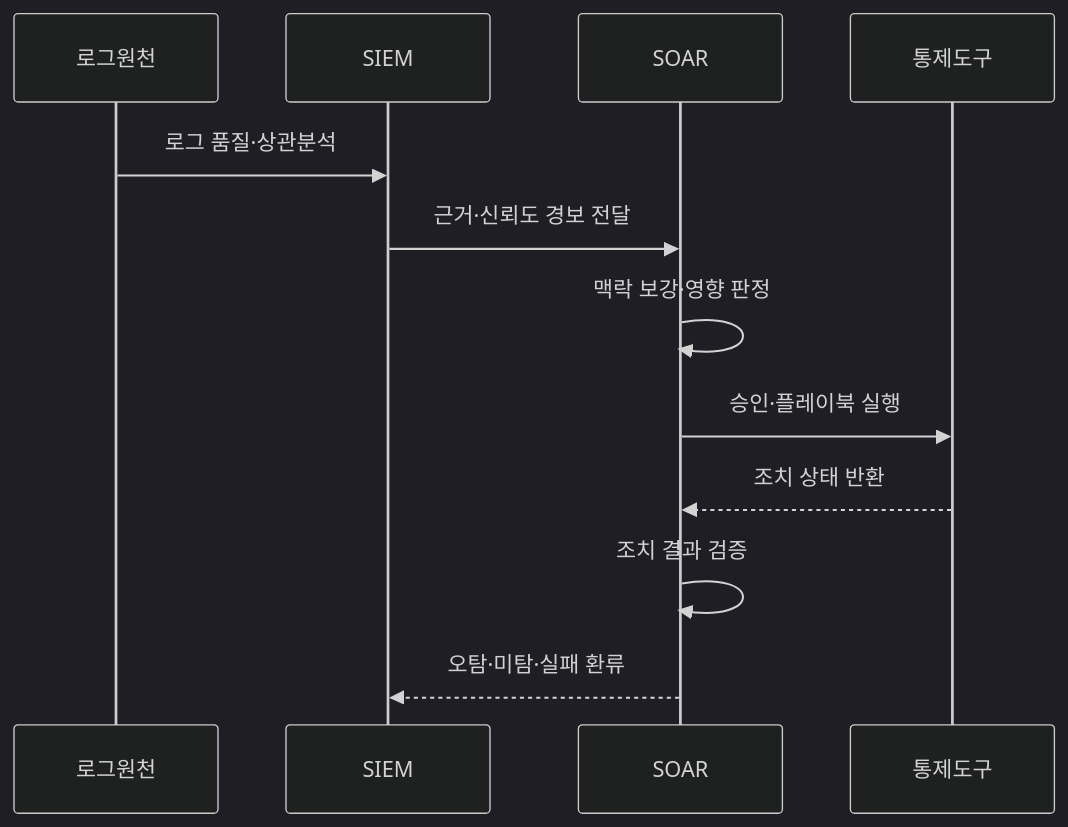
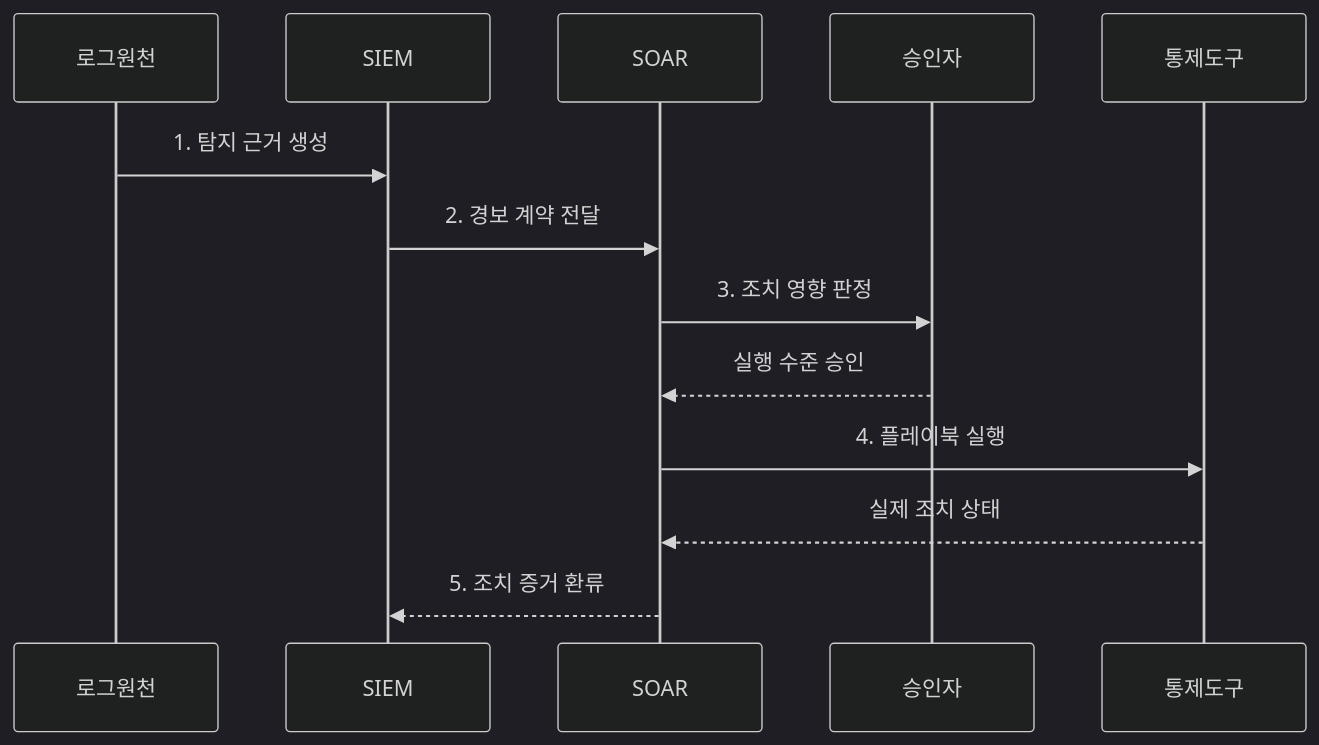
Before and after one commit to agnusdei1207/knowledge-base: the second of 2 diagrams in src/content/docs/notes/04-network/095_siem_vs_soar_comparison.md, drawn with Mermaid (dark theme). The commit also changed other lines of this file and 21 other files, not shown here.

````diff
--- a/src/content/docs/notes/04-network/095_siem_vs_soar_comparison.md
+++ b/src/content/docs/notes/04-network/095_siem_vs_soar_comparison.md
@@ -80,14 +75,15 @@
 ```mermaid
 sequenceDiagram
     participant 로그원천
     participant SIEM
     participant SOAR
+    participant 승인자
     participant 통제도구
-    로그원천->>SIEM: 로그 품질·상관분석
-    SIEM->>SOAR: 근거·신뢰도 경보 전달
-    SOAR->>SOAR: 맥락 보강·영향 판정
-    SOAR->>통제도구: 승인·플레이북 실행
-    통제도구-->>SOAR: 조치 상태 반환
-    SOAR->>SOAR: 조치 결과 검증
-    SOAR-->>SIEM: 오탐·미탐·실패 환류
+    로그원천->>SIEM: 1. 탐지 근거 생성
+    SIEM->>SOAR: 2. 경보 계약 전달
+    SOAR->>승인자: 3. 조치 영향 판정
+    승인자-->>SOAR: 실행 수준 승인
+    SOAR->>통제도구: 4. 플레이북 실행
+    통제도구-->>SOAR: 실제 조치 상태
+    SOAR-->>SIEM: 5. 조치 증거 환류
 ```
````
